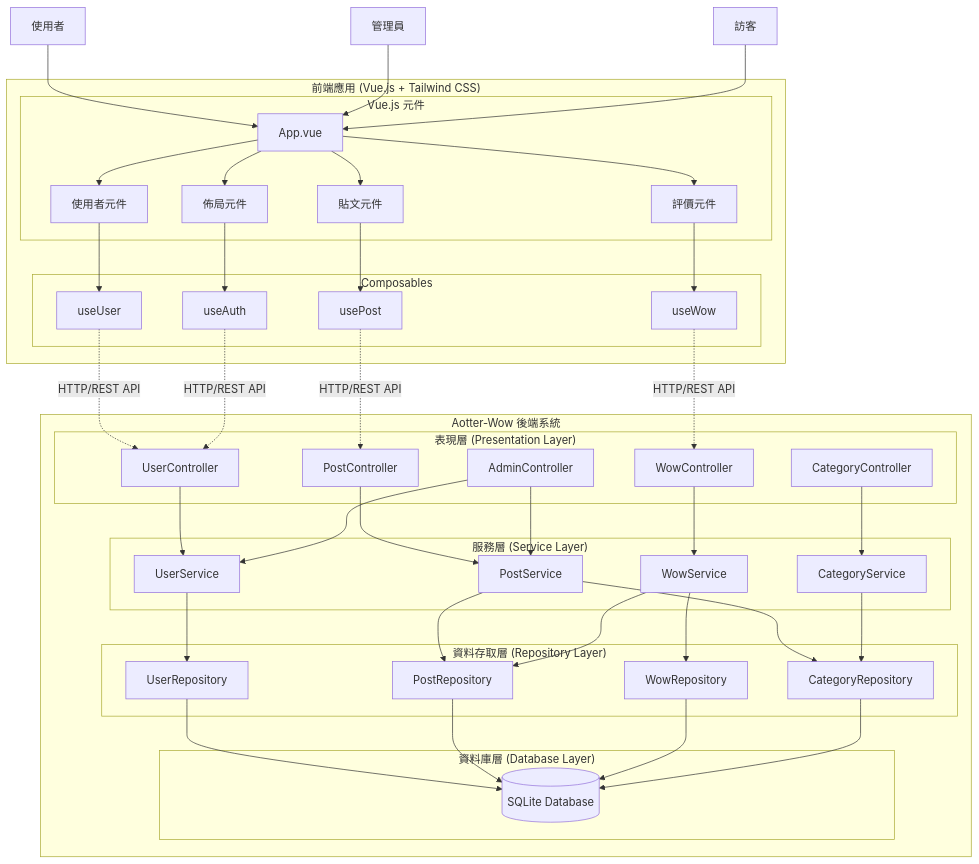
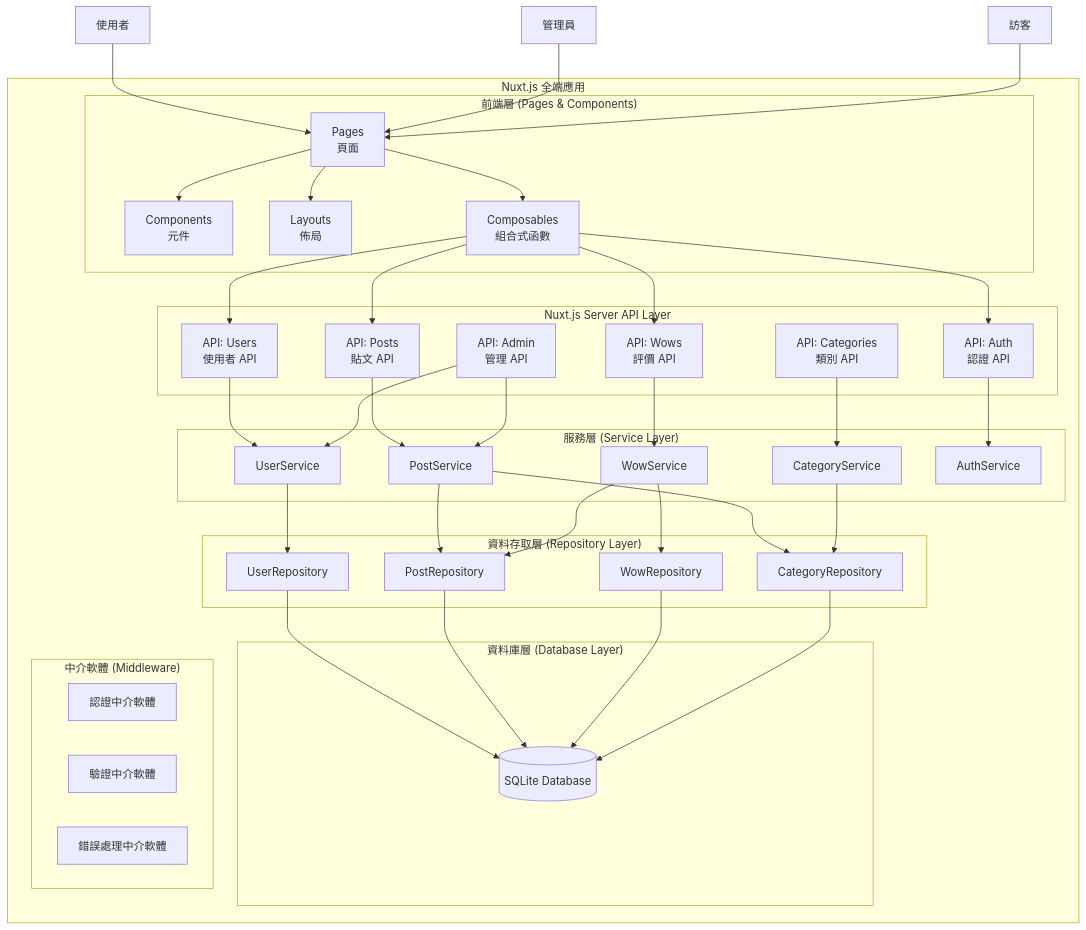
The first of 2 diagrams in aotter-wow-system/docs/architecture.md (ayugioh2003/ooad-ai), drawn with Mermaid before and after one commit. The commit also changed other lines of this file and 3 other files, not shown here.

First line of the commit message:
Refactor architecture documentation to reflect Nuxt.js integration and update class and sequence diagrams for API handlers

````diff
--- a/aotter-wow-system/docs/architecture.md
+++ b/aotter-wow-system/docs/architecture.md
@@ -34,29 +35,20 @@
 ```mermaid
 flowchart TD
-    subgraph "前端應用 (Vue.js + Tailwind CSS)"
-        subgraph "Vue.js 元件"
-            App[App.vue]
-            UserComponents[使用者元件]
-            PostComponents[貼文元件]
-            WowComponents[評價元件]
-            Layout[佈局元件]
+    subgraph "Nuxt.js 全端應用"
+        subgraph "前端層 (Pages & Components)"
+            Pages[Pages<br/>頁面]
+            Components[Components<br/>元件]
+            Layouts[Layouts<br/>佈局]
+            Composables[Composables<br/>組合式函數]
         end
         
-        subgraph "Composables"
-            UserAPI[useUser]
-            PostAPI[usePost]
-            WowAPI[useWow]
-            AuthAPI[useAuth]
-        end
-    end
-    
-    subgraph "Aotter-Wow 後端系統"
-        subgraph "表現層 (Presentation Layer)"
-            UC[UserController]
-            PC[PostController]
-            WC[WowController]
-            CC[CategoryController]
-            AC[AdminController]
+        subgraph "Nuxt.js Server API Layer"
+            UserAPI["API: Users<br/>使用者 API"]
+            PostAPI["API: Posts<br/>貼文 API"]
+            WowAPI["API: Wows<br/>評價 API"]
+            CategoryAPI["API: Categories<br/>類別 API"]
+            AuthAPI["API: Auth<br/>認證 API"]
+            AdminAPI["API: Admin<br/>管理 API"]
         end
         
         subgraph "服務層 (Service Layer)"
@@ -64,6 +56,7 @@
             PS[PostService]
             WS[WowService]
             CS[CategoryService]
+            AS[AuthService]
         end
         
         subgraph "資料存取層 (Repository Layer)"
@@ -76,6 +69,12 @@
         subgraph "資料庫層 (Database Layer)"
             DB[(SQLite Database)]
         end
+        
+        subgraph "中介軟體 (Middleware)"
+            AuthMW[認證中介軟體]
+            ValidationMW[驗證中介軟體]
+            ErrorMW[錯誤處理中介軟體]
+        end
     end
     
     %% 外部參與者
@@ -83,35 +82,32 @@
     Admin[管理員]
     Guest[訪客]
     
-    %% 前端連接
-    User --> App
-    Admin --> App
-    Guest --> App
+    %% 使用者與前端的連接
+    User --> Pages
+    Admin --> Pages
+    Guest --> Pages
     
-    App --> UserComponents
-    App --> PostComponents
-    App --> WowComponents
-    App --> Layout
+    %% 前端層內部連接
+    Pages --> Components
+    Pages --> Layouts
+    Pages --> Composables
     
-    UserComponents --> UserAPI
-    PostComponents --> PostAPI
-    WowComponents --> WowAPI
-    Layout --> AuthAPI
+    %% 前端到 API 的連接
+    Composables --> UserAPI
+    Composables --> PostAPI
+    Composables --> WowAPI
+    Composables --> AuthAPI
     
-    %% API 連接
-    UserAPI -.->|HTTP/REST API| UC
-    PostAPI -.->|HTTP/REST API| PC
-    WowAPI -.->|HTTP/REST API| WC
-    AuthAPI -.->|HTTP/REST API| UC
+    %% API 到服務層的連接
+    UserAPI --> US
+    PostAPI --> PS
+    WowAPI --> WS
+    CategoryAPI --> CS
+    AuthAPI --> AS
+    AdminAPI --> PS
+    AdminAPI --> US
     
-    %% 後端連接
-    UC --> US
-    PC --> PS
-    WC --> WS
-    CC --> CS
-    AC --> US
-    AC --> PS
-    
+    %% 服務層到資料存取層的連接
     US --> UR
     PS --> PR
     PS --> CR
@@ -119,6 +115,7 @@
     WS --> PR
     CS --> CR
     
+    %% 資料存取層到資料庫的連接
     UR --> DB
     PR --> DB
     WR --> DB
````
